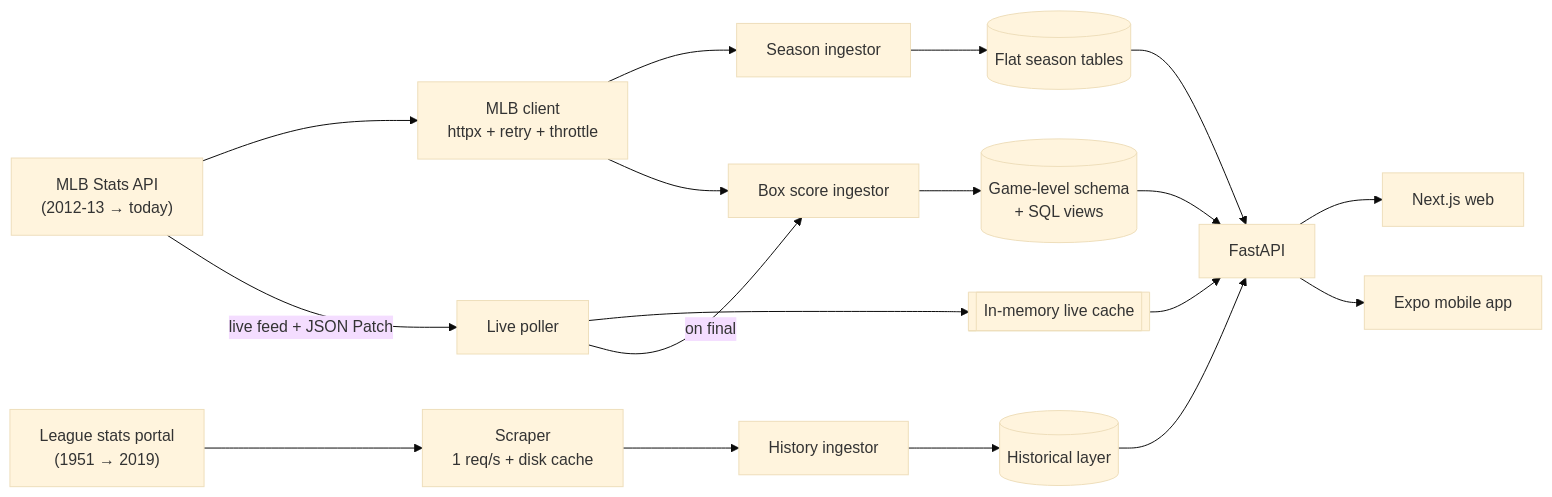
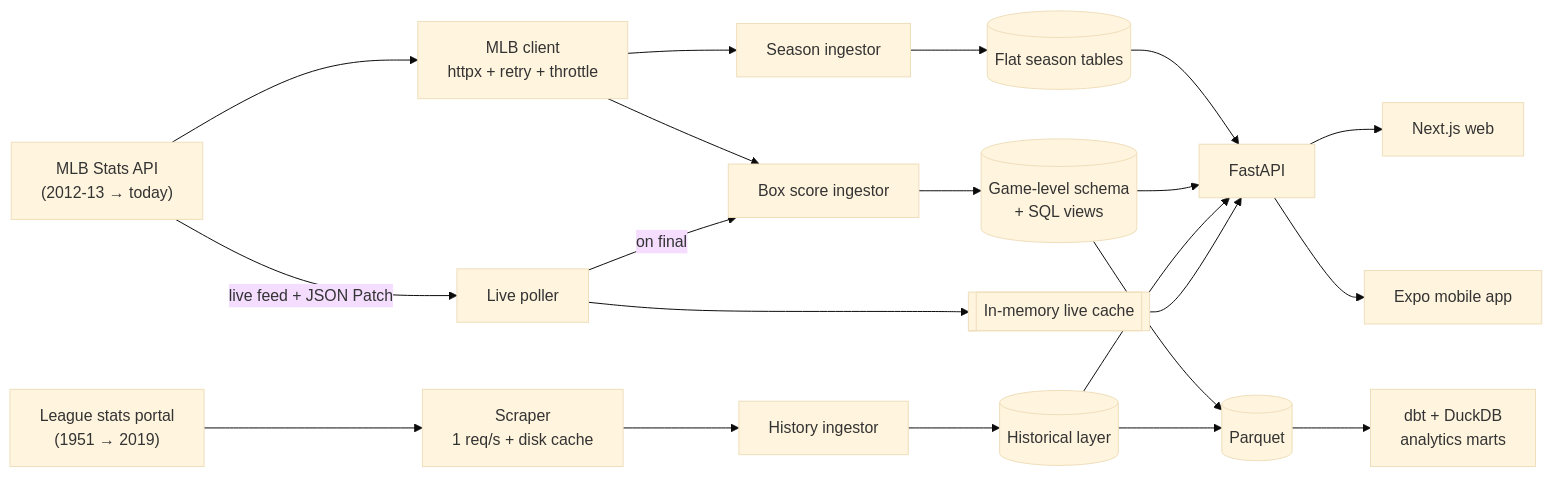
The first of 3 diagrams in README.md (arturomespinal/lidom-stats), drawn with Mermaid (base theme) before and after one commit. The commit also changed other lines of this file and 37 other files, not shown here.

````diff
--- a/README.md
+++ b/README.md
@@ -36,16 +36,18 @@
 ```mermaid
 flowchart LR
     MLB["MLB Stats API<br/>(2012-13 → today)"] --> C1[MLB client<br/>httpx + retry + throttle]
     DIGI["League stats portal<br/>(1951 → 2019)"] --> C2[Scraper<br/>1 req/s + disk cache]
     MLB -- live feed + JSON Patch --> P[Live poller]
 
     C1 --> I1[Season ingestor] --> FLAT[(Flat season tables)]
     C1 --> I2[Box score ingestor] --> GAME[(Game-level schema<br/>+ SQL views)]
     C2 --> I3[History ingestor] --> HIST[(Historical layer)]
     P --> CACHE[[In-memory live cache]]
     P -- on final --> I2
 
     FLAT & GAME & HIST & CACHE --> API[FastAPI]
     API --> WEB[Next.js web]
     API --> APP[Expo mobile app]
+
+    GAME & HIST --> PQ[(Parquet)] --> DBT[dbt + DuckDB<br/>analytics marts]
 ```
````
